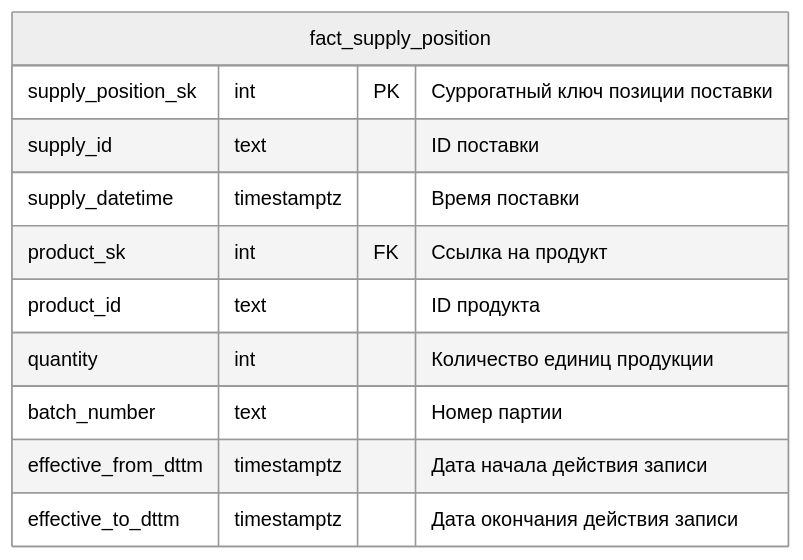
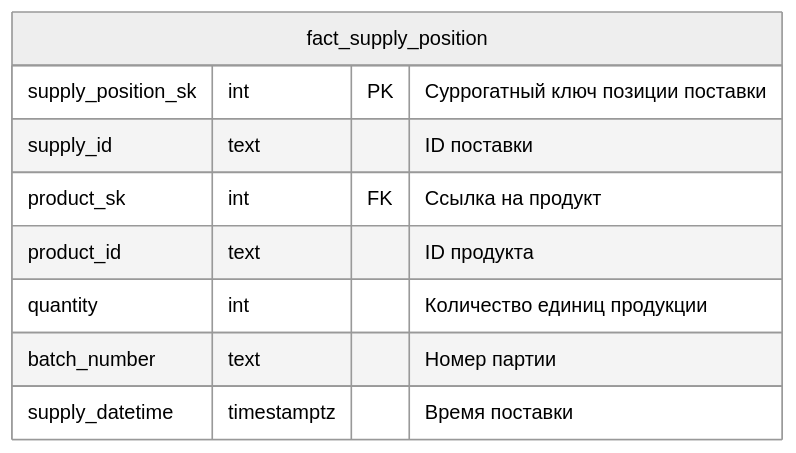
One commit to vgorbikov/dq-practice changed the seventh of 9 diagrams in docs/db_schema/Базовые ввитрины.md. Above: the diagram before and after it, drawn with Mermaid (neutral theme). The commit also changed other lines of this file and 3 other files, not shown here.

````diff
--- a/docs/db_schema/Базовые ввитрины.md
+++ b/docs/db_schema/Базовые ввитрины.md
@@ -143,15 +159,13 @@
 ```mermaid
 erDiagram
 
 fact_supply_position {
     supply_position_sk int PK "Суррогатный ключ позиции поставки"
     supply_id text "ID поставки"
-    supply_datetime timestamptz "Время поставки"
     product_sk int FK "Ссылка на продукт"
     product_id text "ID продукта"
     quantity int "Количество единиц продукции"
     batch_number text "Номер партии"
-    effective_from_dttm timestamptz "Дата начала действия записи"
-    effective_to_dttm timestamptz "Дата окончания действия записи"
+    supply_datetime timestamptz "Время поставки"
 }
 ```
````
